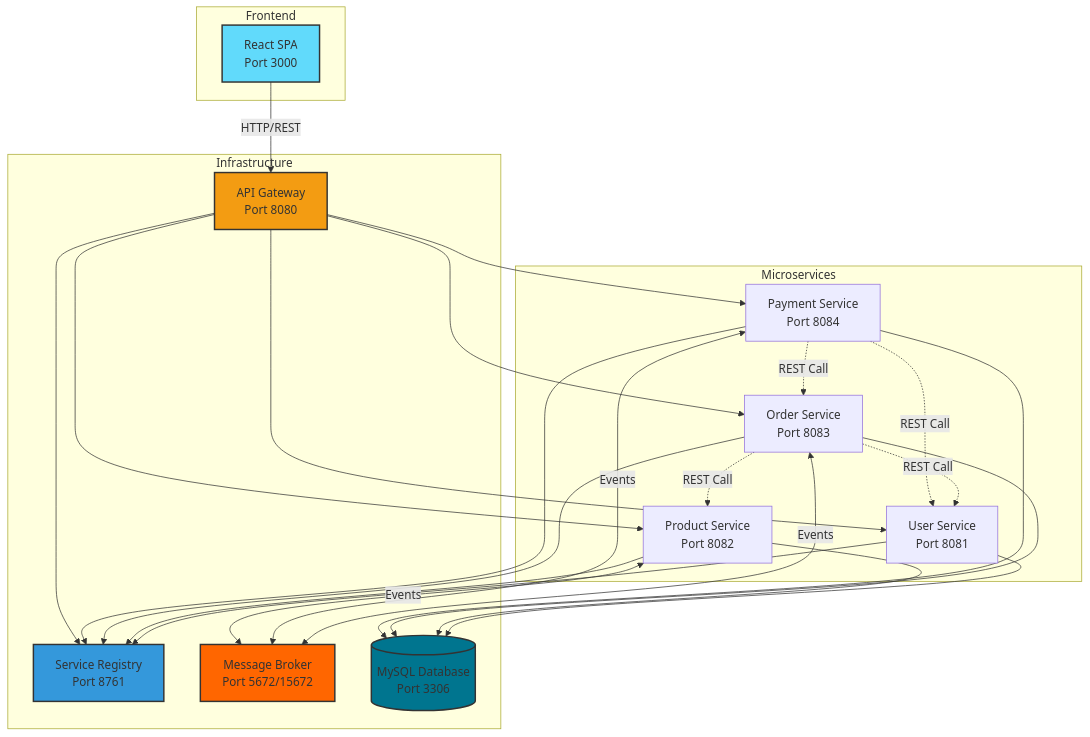
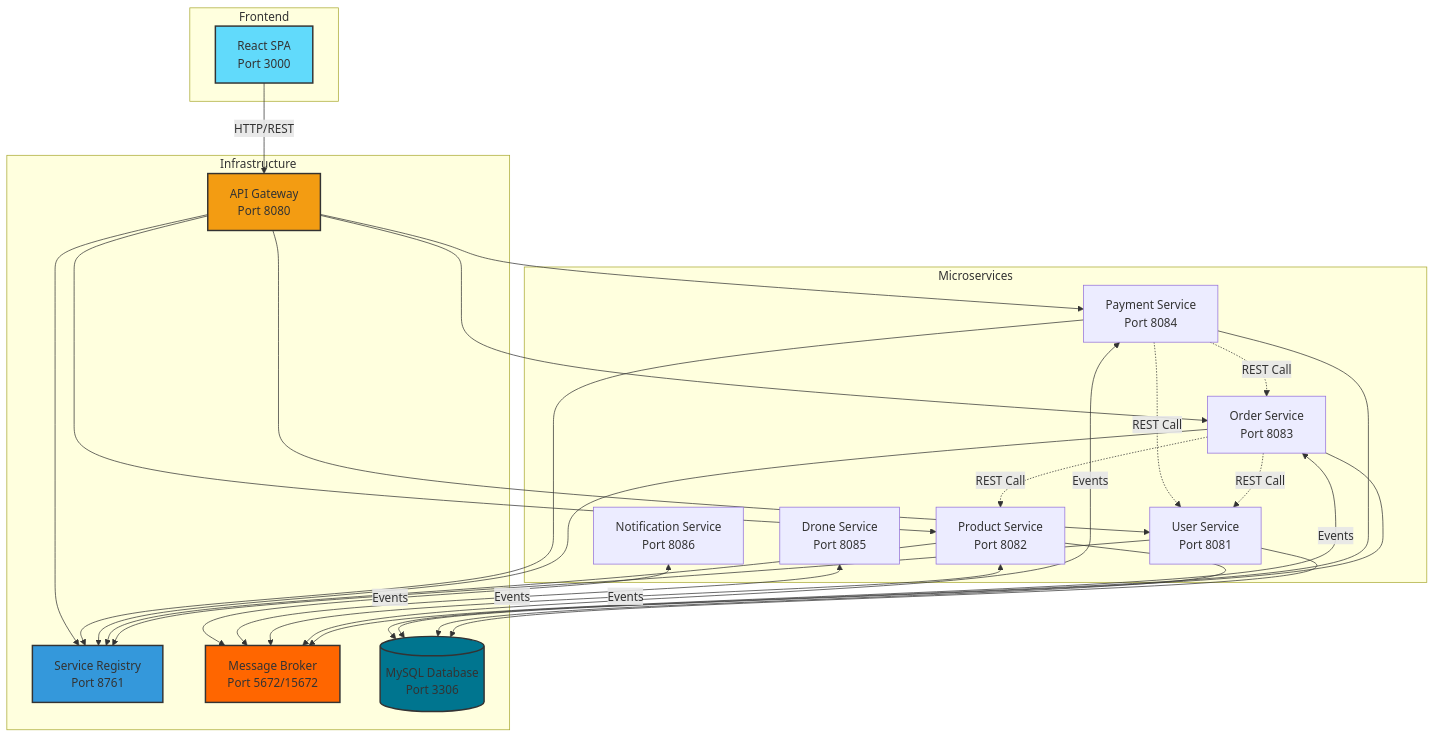
One commit to foodfast-delivery-microservice/FastfoodDelivery-microservice-monorepo changed the diagram in README.md. Above: the diagram before and after it, drawn with Mermaid. The commit also changed other lines of this file and 6 other files, not shown here.

````diff
--- a/README.md
+++ b/README.md
@@ -21,52 +30,56 @@
 ```mermaid
 graph TB
     subgraph Frontend
         React[React SPA<br/>Port 3000]
     end
     
     subgraph Infrastructure
         Eureka[Service Registry<br/>Port 8761]
         Gateway[API Gateway<br/>Port 8080]
         RabbitMQ[Message Broker<br/>Port 5672/15672]
         MySQL[(MySQL Database<br/>Port 3306)]
     end
     
     subgraph Microservices
         UserSvc[User Service<br/>Port 8081]
         ProductSvc[Product Service<br/>Port 8082]
         OrderSvc[Order Service<br/>Port 8083]
         PaymentSvc[Payment Service<br/>Port 8084]
+        DroneSvc[Drone Service<br/>Port 8085]
+        NotificationSvc[Notification Service<br/>Port 8086]
     end
     
     React -->|HTTP/REST| Gateway
     Gateway --> UserSvc
     Gateway --> ProductSvc
     Gateway --> OrderSvc
     Gateway --> PaymentSvc
     
     UserSvc --> Eureka
     ProductSvc --> Eureka
     OrderSvc --> Eureka
     PaymentSvc --> Eureka
     Gateway --> Eureka
     
     UserSvc --> MySQL
     ProductSvc --> MySQL
     OrderSvc --> MySQL
     PaymentSvc --> MySQL
     
     OrderSvc <-->|Events| RabbitMQ
     PaymentSvc <-->|Events| RabbitMQ
     ProductSvc <-->|Events| RabbitMQ
+    DroneSvc <-->|Events| RabbitMQ
+    NotificationSvc <-->|Events| RabbitMQ
     
     OrderSvc -.->|REST Call| UserSvc
     OrderSvc -.->|REST Call| ProductSvc
     PaymentSvc -.->|REST Call| OrderSvc
     PaymentSvc -.->|REST Call| UserSvc
     
     style React fill:#61dafb,stroke:#333,stroke-width:2px
     style Gateway fill:#f39c12,stroke:#333,stroke-width:2px
     style Eureka fill:#3498db,stroke:#333,stroke-width:2px
     style RabbitMQ fill:#ff6600,stroke:#333,stroke-width:2px
     style MySQL fill:#00758f,stroke:#333,stroke-width:2px
 ```
````
